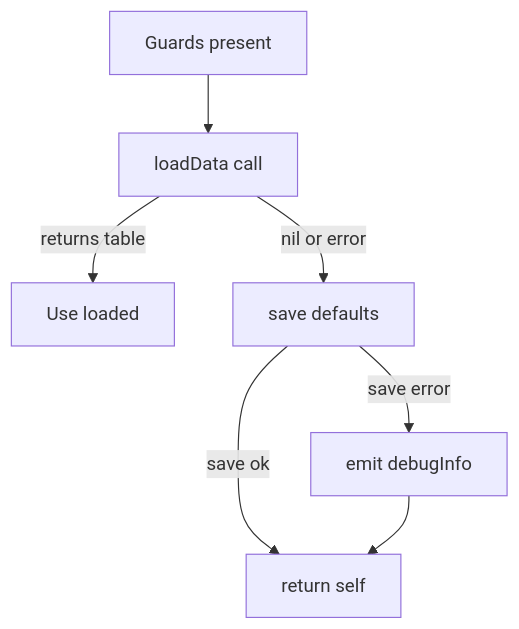
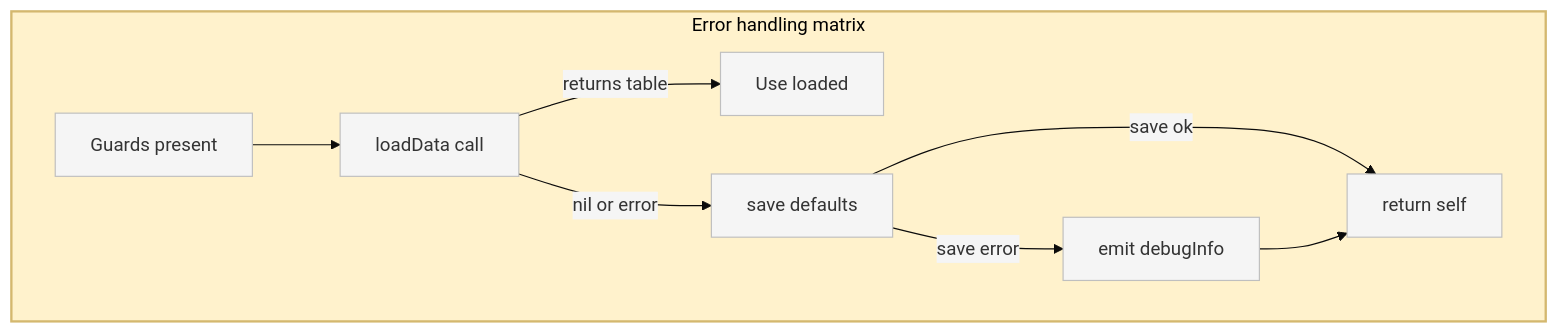
One commit to Gh0st352/AETHR changed the third of 3 diagrams in docs/config/init_and_persistence.md. Above: the diagram before and after it, drawn with Mermaid. The commit also changed other lines of this file and 8 other files, not shown here.

First line of the commit message:
docs(config): enhance Mermaid diagrams with theme/layout

````diff
--- a/docs/config/init_and_persistence.md
+++ b/docs/config/init_and_persistence.md
@@ -86,9 +96,16 @@
 ```mermaid
-flowchart TD
-  G[Guards present] --> LD[loadData call]
-  LD -->|returns table| OK[Use loaded]
-  LD -->|nil or error| SV[save defaults]
-  SV -->|save ok| RET[return self]
-  SV -->|save error| LOG[emit debugInfo]
-  LOG --> RET
+%%{init: {"theme":"base", "themeVariables":{"primaryColor":"#f5f5f5"}}}%%
+flowchart TB
+  subgraph ERROR_MATRIX [Error handling matrix]
+    style ERROR_MATRIX fill:#fff2cc,stroke:#d4b86f,stroke-width:2px
+    G[Guards present] --> LD[loadData call]
+    LD -->|returns table| OK[Use loaded]
+    LD -->|nil or error| SV[save defaults]
+    SV -->|save ok| RET[return self]
+    SV -->|save error| LOG[emit debugInfo]
+    LOG --> RET
+  end
+
+  classDef node fill:#f5f5f5,stroke:#bfbfbf
+  class G,LD,OK,SV,RET,LOG node
 ```
````
